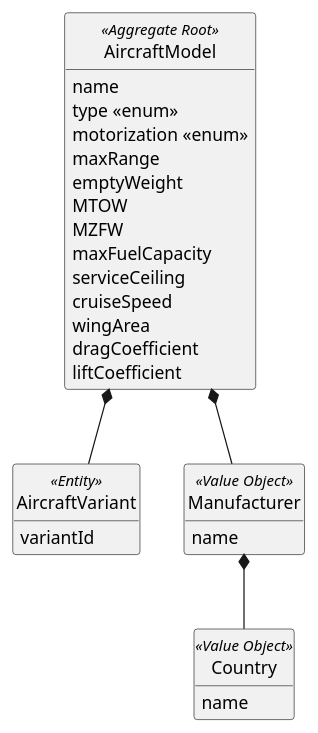
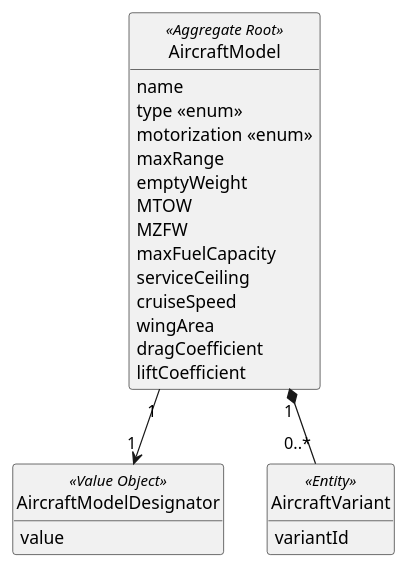
Before and after one commit to GustavoFerreira24/flight-management-platform: the diagram in docs/global-artifacts/02.analysis/puml/Aggregates/AircraftModelAggregate.puml, drawn with PlantUML. The commit also changed 6 other files, not shown here.

```diff
--- a/docs/global-artifacts/02.analysis/puml/Aggregates/AircraftModelAggregate.puml
+++ b/docs/global-artifacts/02.analysis/puml/Aggregates/AircraftModelAggregate.puml
@@ -1,41 +1,37 @@
 @startuml
 skinparam monochrome true
 skinparam packageStyle rectangle
 skinparam shadowing false
 skinparam classAttributeIconSize 0
 hide circle
 hide methods
 
 class AircraftModel <<Aggregate Root>> {
-    name
-    type <<enum>>
-    motorization <<enum>>
-    maxRange
-    emptyWeight
-    MTOW
-    MZFW
-    maxFuelCapacity
-    serviceCeiling
-    cruiseSpeed
-    wingArea
-    dragCoefficient
-    liftCoefficient
-}
-' Verificar se isto é uma entity
-class AircraftVariant <<Entity>> {
-    variantId
+        name
+        type <<enum>>
+        motorization <<enum>>
+        maxRange
+        emptyWeight
+        MTOW
+        MZFW
+        maxFuelCapacity
+        serviceCeiling
+        cruiseSpeed
+        wingArea
+        dragCoefficient
+        liftCoefficient
+    }
+
+    class AircraftModelDesignator <<Value Object>> {
+        value
+    }
+
+    class AircraftVariant <<Entity>> {
+        variantId
+    }
+
+    AircraftModel "1" --> "1" AircraftModelDesignator
+    AircraftModel "1" *-- "0..*" AircraftVariant
 }
 
-class Manufacturer <<Value Object>> {
-    name
-}
-
-class Country <<Value Object>> {
-   name
-}
-
-Manufacturer *-- Country
-AircraftModel *-- Manufacturer
-AircraftModel *-- AircraftVariant
-
 @enduml
```
